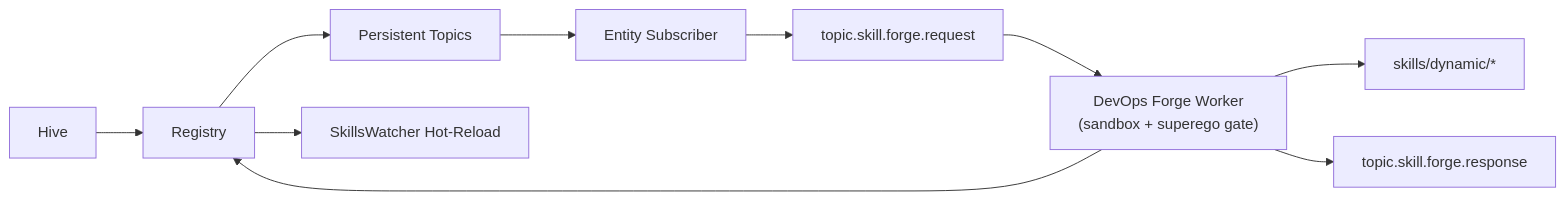
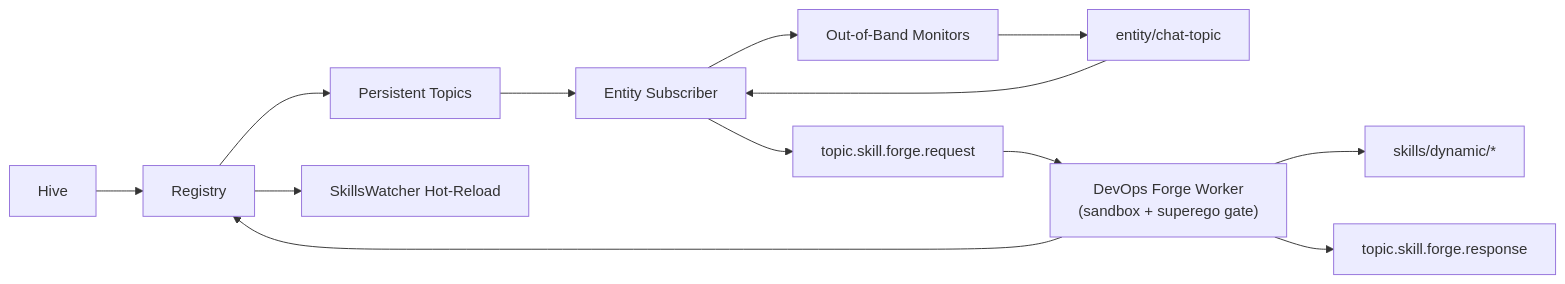
The diagram in docs/architecture.md (jbcupps/abigail), drawn with Mermaid before and after one commit. The commit also changed 6 other files, not shown here.

Commit message:
docs: create ARCHITECTURE_SKILL_TOPOLOGY_AND_FORGE.md (Phase 1) DOCS UPDATED

````diff
--- a/docs/architecture.md
+++ b/docs/architecture.md
@@ -5,12 +5,15 @@
 ```mermaid
 flowchart LR
     Hive[Hive] --> Registry[Registry]
     Registry --> Topics[Persistent Topics]
     Topics --> Entity[Entity Subscriber]
+    Entity --> Monitors[Out-of-Band Monitors]
+    Monitors --> ChatTopic["entity/chat-topic"]
+    ChatTopic --> Entity
     Entity --> ForgeReq["topic.skill.forge.request"]
     ForgeReq --> ForgeWorker["DevOps Forge Worker<br/>(sandbox + superego gate)"]
     ForgeWorker --> Dynamic["skills/dynamic/*"]
     ForgeWorker --> Registry
     Registry --> Watcher["SkillsWatcher Hot-Reload"]
     ForgeWorker --> ForgeResp["topic.skill.forge.response"]
 ```
````
